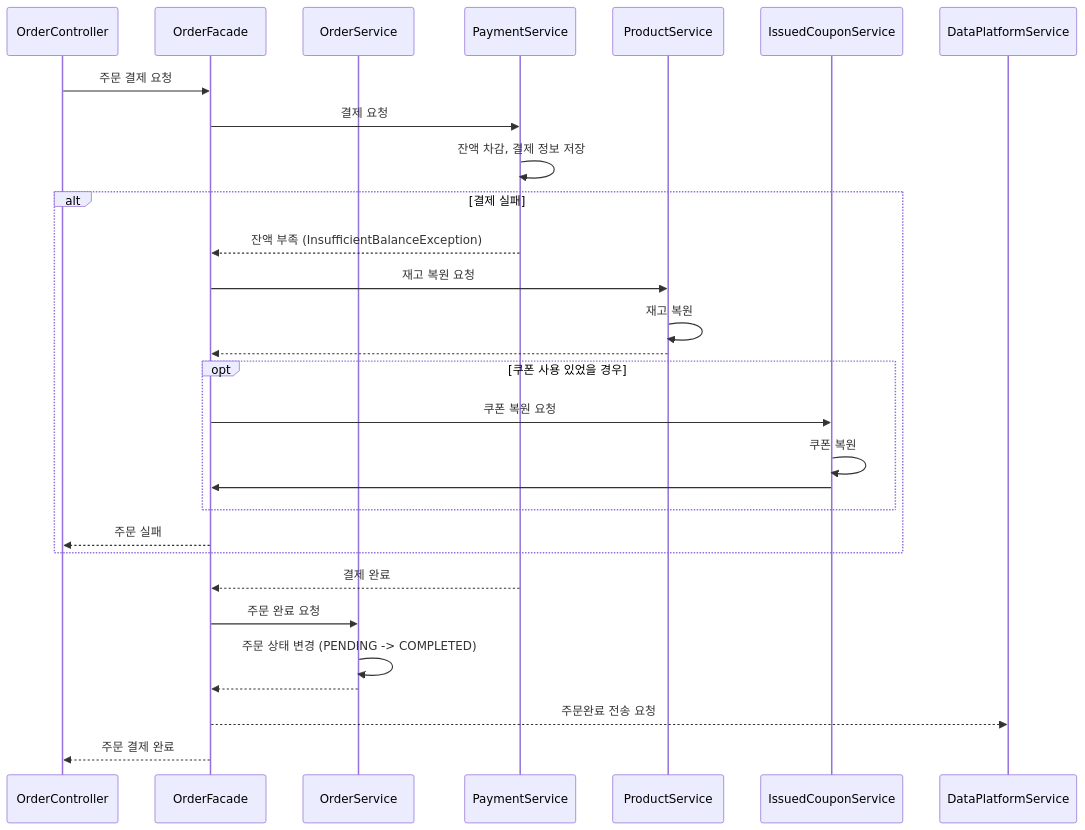
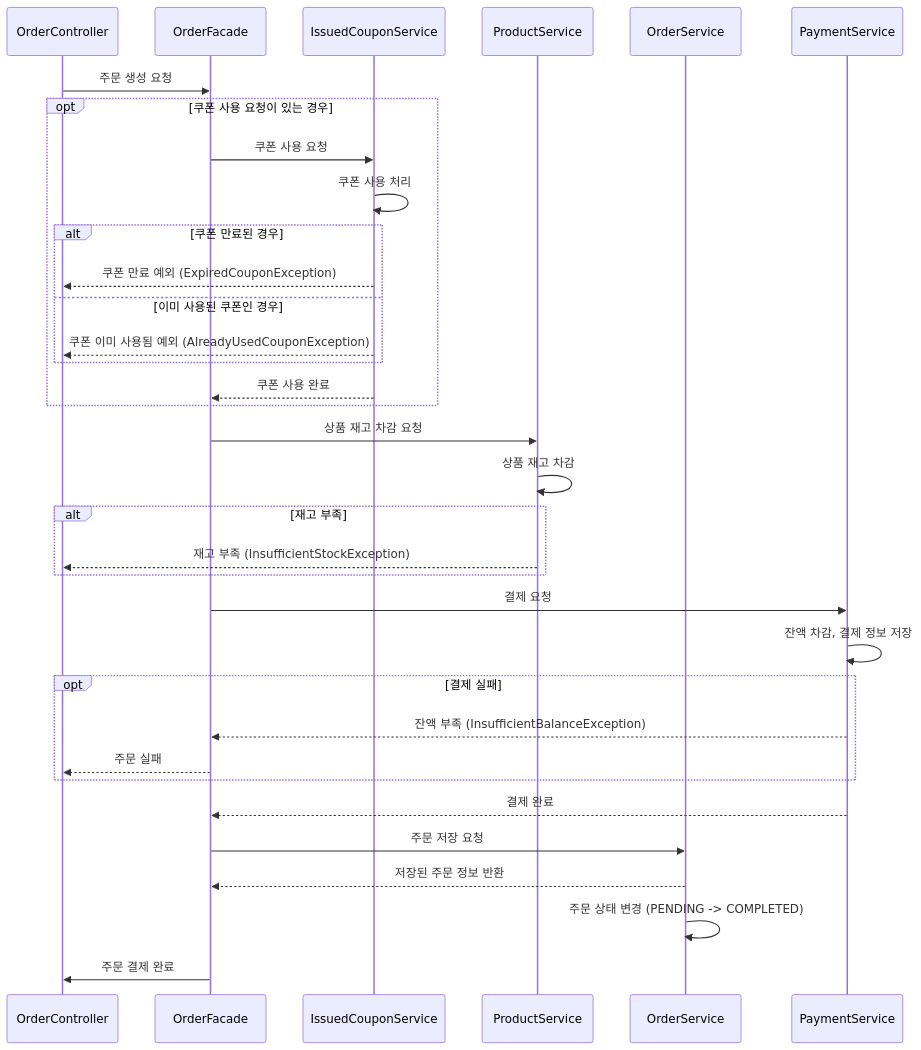
The diagram in docs/sequence/주문결제.md (Moon-Jang/hhplus-e-commerce), drawn with Mermaid before and after one commit. The commit also changed 5 other files, not shown here.

Commit message:
[fix] 피드백에 맞게 요구사항 및 시퀀스 다이어그램 수정

````diff
--- a/docs/sequence/주문결제.md
+++ b/docs/sequence/주문결제.md
@@ -1,39 +1,44 @@
 ```mermaid
 sequenceDiagram
     participant OrderController
     participant OrderFacade
+    participant IssuedCouponService
+    participant ProductService
     participant OrderService
-    participant PaymentService
-    participant ProductService
-    participant IssuedCouponService
-    participant DataPlatformService
 
-    OrderController->>OrderFacade: 주문 결제 요청
+    OrderController->>OrderFacade: 주문 생성 요청
+
+    opt 쿠폰 사용 요청이 있는 경우
+        OrderFacade->>IssuedCouponService: 쿠폰 사용 요청
+        IssuedCouponService->>IssuedCouponService: 쿠폰 사용 처리
+
+        alt 쿠폰 만료된 경우
+            IssuedCouponService-->>OrderController: 쿠폰 만료 예외 (ExpiredCouponException)
+        else 이미 사용된 쿠폰인 경우
+            IssuedCouponService-->>OrderController: 쿠폰 이미 사용됨 예외 (AlreadyUsedCouponException)
+        end
+        IssuedCouponService-->>OrderFacade: 쿠폰 사용 완료
+    end
+
+    OrderFacade->>ProductService: 상품 재고 차감 요청
+    ProductService->>ProductService: 상품 재고 차감
+
+    alt 재고 부족
+        ProductService-->>OrderController: 재고 부족 (InsufficientStockException)
+    end
 
     OrderFacade->>PaymentService: 결제 요청
     PaymentService->>PaymentService: 잔액 차감, 결제 정보 저장
     
-    alt 결제 실패
+    opt 결제 실패
         PaymentService-->>OrderFacade: 잔액 부족 (InsufficientBalanceException)
-    
-        OrderFacade->>ProductService: 재고 복원 요청
-        ProductService->>ProductService: 재고 복원
-        ProductService-->>OrderFacade: 
-        
-        opt 쿠폰 사용 있었을 경우
-            OrderFacade->>IssuedCouponService: 쿠폰 복원 요청
-            IssuedCouponService->>IssuedCouponService: 쿠폰 복원
-            IssuedCouponService->>OrderFacade: 
-        end
-    
         OrderFacade-->>OrderController: 주문 실패
     end
+    
     PaymentService-->>OrderFacade: 결제 완료
-
-    OrderFacade->>OrderService: 주문 완료 요청
+    
+    OrderFacade->>OrderService: 주문 저장 요청
+    OrderService-->>OrderFacade: 저장된 주문 정보 반환
     OrderService->>OrderService: 주문 상태 변경 (PENDING -> COMPLETED)
-    OrderService-->>OrderFacade: 
-    
-    OrderFacade-->>DataPlatformService: 주문완료 전송 요청
-OrderFacade-->>OrderController: 주문 결제 완료
+    OrderFacade->>OrderController: 주문 결제 완료
 ```
````
